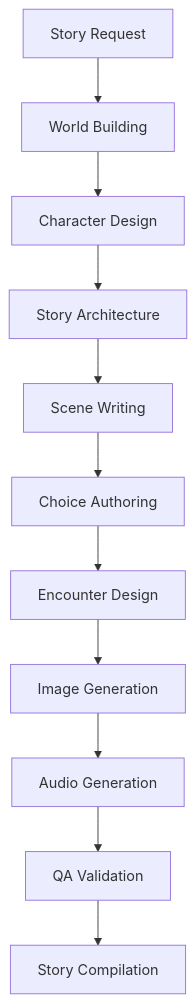
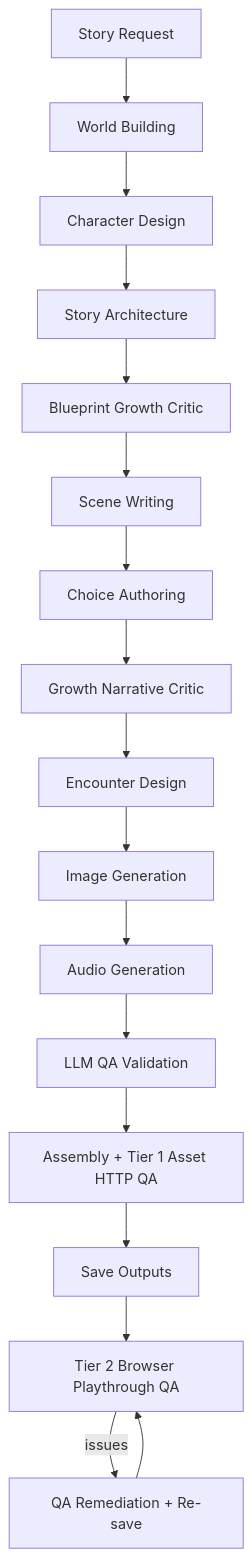
Before and after one commit to chris-heatherly/storyrpg: the diagram in docs/TDD.md, drawn with Mermaid. The commit also changed other lines of this file and 19 other files, not shown here.

````diff
--- a/docs/TDD.md
+++ b/docs/TDD.md
@@ -727,13 +769,19 @@
 ```mermaid
 graph TD
     A[Story Request] --> B[World Building]
     B --> C[Character Design]
     C --> D[Story Architecture]
-    D --> E[Scene Writing]
+    D --> D2[Blueprint Growth Critic]
+    D2 --> E[Scene Writing]
     E --> F[Choice Authoring]
-    F --> G[Encounter Design]
+    F --> F2[Growth Narrative Critic]
+    F2 --> G[Encounter Design]
     G --> H[Image Generation]
     H --> I[Audio Generation]
-    I --> J[QA Validation]
-    J --> K[Story Compilation]
+    I --> J[LLM QA Validation]
+    J --> K[Assembly + Tier 1 Asset HTTP QA]
+    K --> L[Save Outputs]
+    L --> M[Tier 2 Browser Playthrough QA]
+    M -- issues --> N[QA Remediation + Re-save]
+    N --> M
 ```
````
